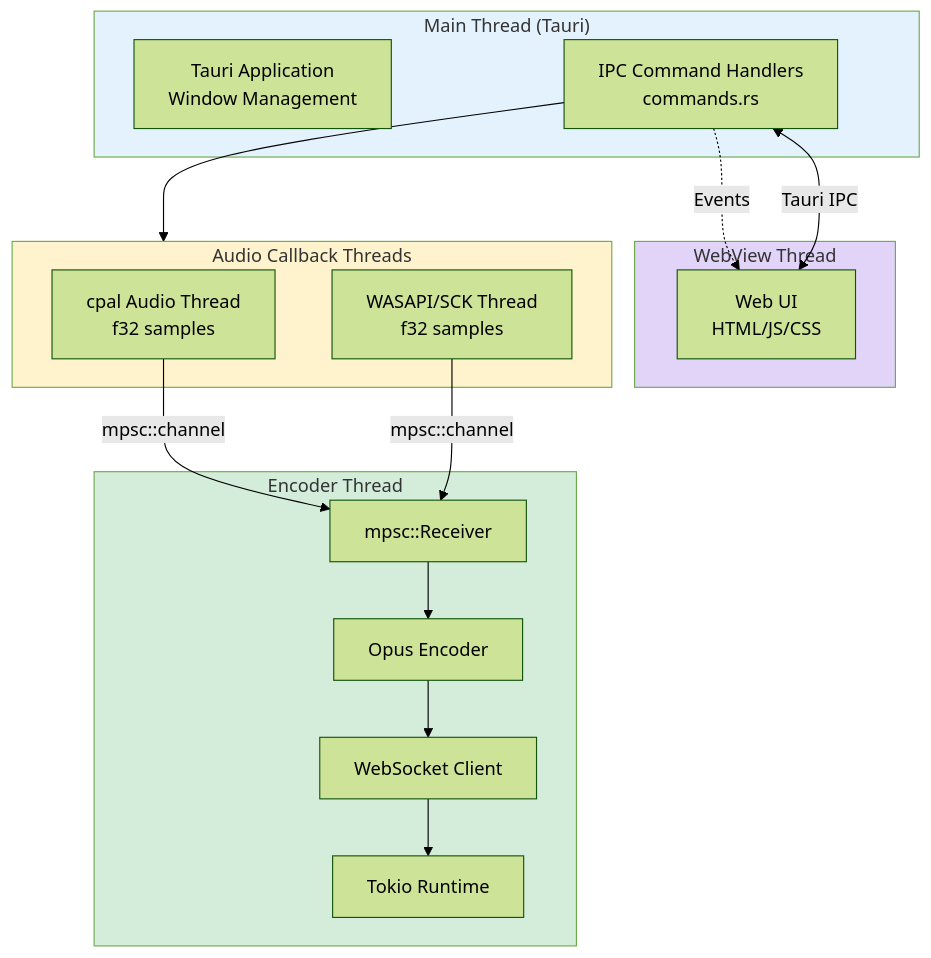
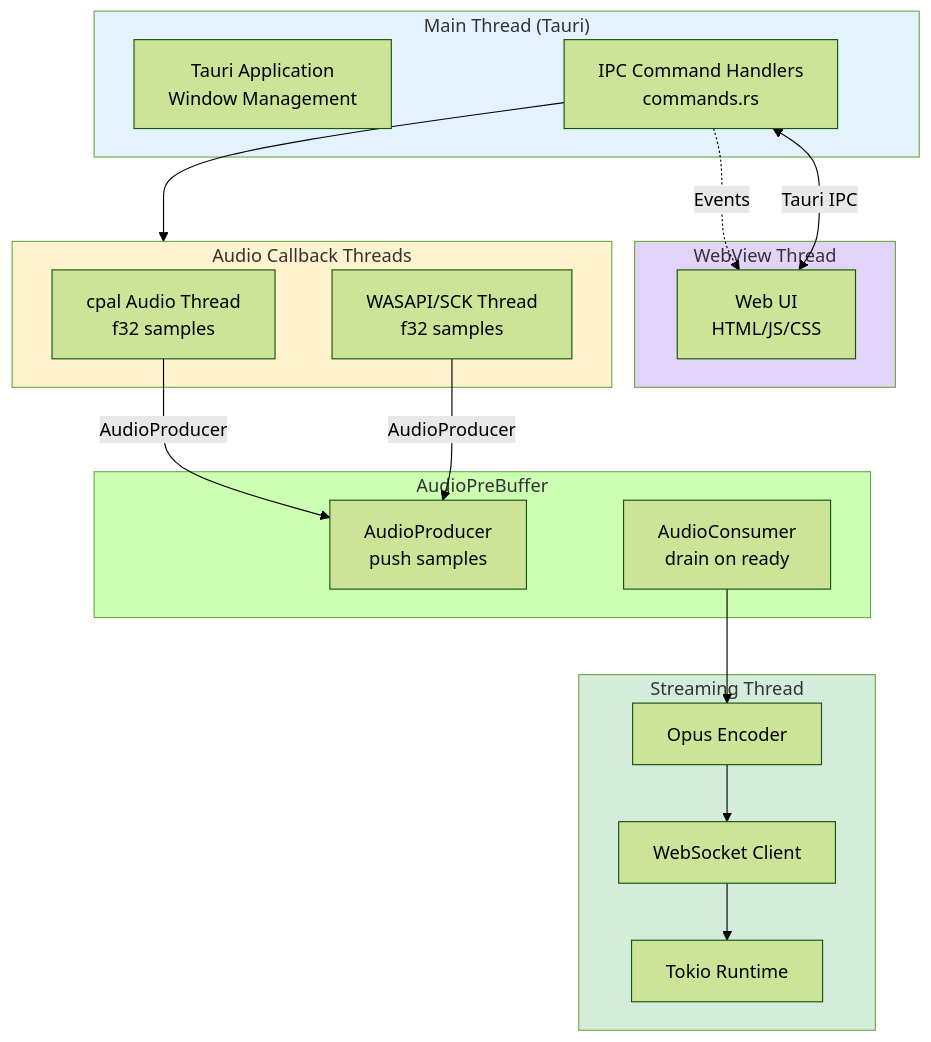
Before and after one commit to RekunDzmitry/voice_bird_desktop: the fifth of 6 diagrams in DEPENDENCIES.md, drawn with Mermaid (forest theme). The commit also changed other lines of this file and 5 other files, not shown here.

````diff
--- a/DEPENDENCIES.md
+++ b/DEPENDENCIES.md
@@ -429,37 +450,41 @@
 ```mermaid
 graph TB
     subgraph Main["Main Thread (Tauri)"]
         tauri_app[Tauri Application<br/>Window Management]
         ipc[IPC Command Handlers<br/>commands.rs]
     end
 
     subgraph WebView["WebView Thread"]
         ui[Web UI<br/>HTML/JS/CSS]
     end
 
     subgraph Audio["Audio Callback Threads"]
         cpal_thread[cpal Audio Thread<br/>f32 samples]
         wasapi_thread[WASAPI/SCK Thread<br/>f32 samples]
     end
 
-    subgraph Encoder["Encoder Thread"]
-        mpsc_rx[mpsc::Receiver]
+    subgraph PreBuffer["AudioPreBuffer"]
+        producer[AudioProducer<br/>push samples]
+        consumer[AudioConsumer<br/>drain on ready]
+    end
+
+    subgraph Encoder["Streaming Thread"]
         tokio_rt[Tokio Runtime]
         opus[Opus Encoder]
         ws[WebSocket Client]
     end
 
     ui <-->|Tauri IPC| ipc
     ipc --> Audio
-    cpal_thread -->|mpsc::channel| mpsc_rx
-    wasapi_thread -->|mpsc::channel| mpsc_rx
-    mpsc_rx --> opus
+    cpal_thread -->|AudioProducer| producer
+    wasapi_thread -->|AudioProducer| producer
+    consumer --> opus
     opus --> ws
     ws --> tokio_rt
     ipc -.->|Events| ui
 
     style Main fill:#e3f2fd
     style WebView fill:#e2d3f8
     style Audio fill:#fff3cd
     style Encoder fill:#d4edda
 ```
````
